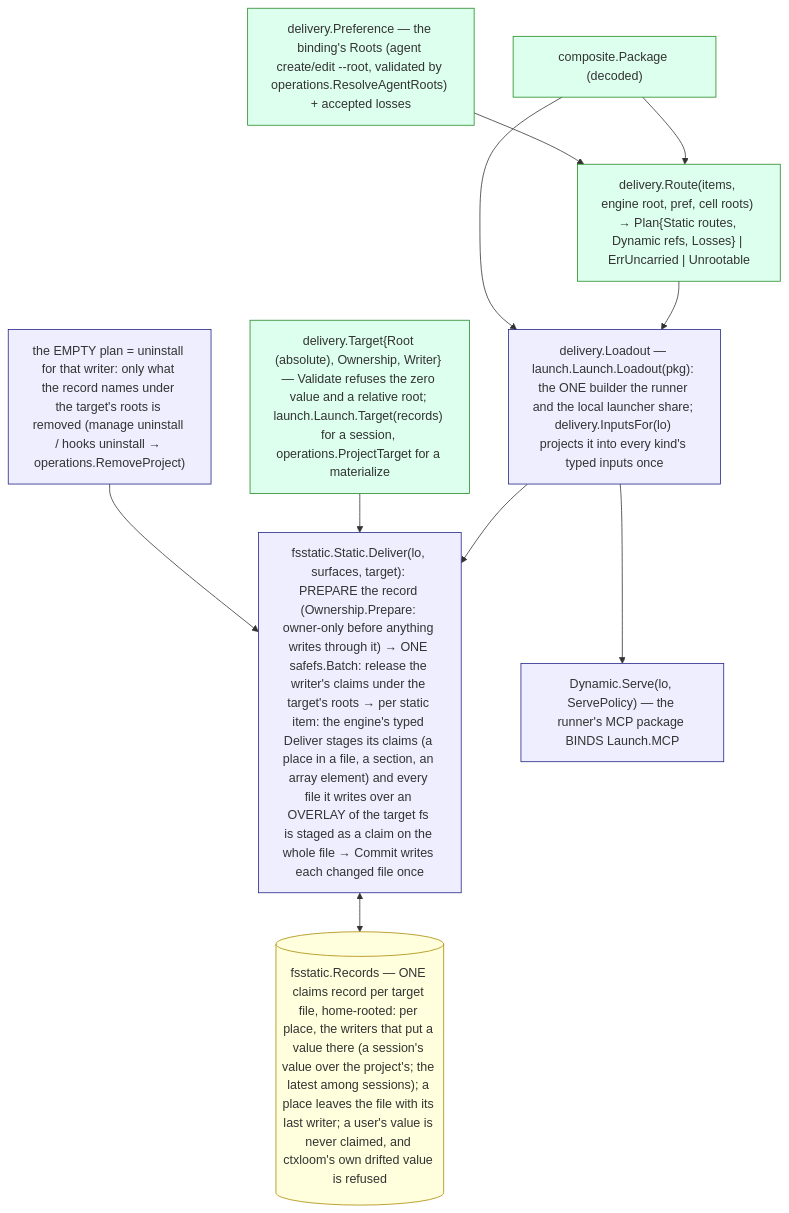
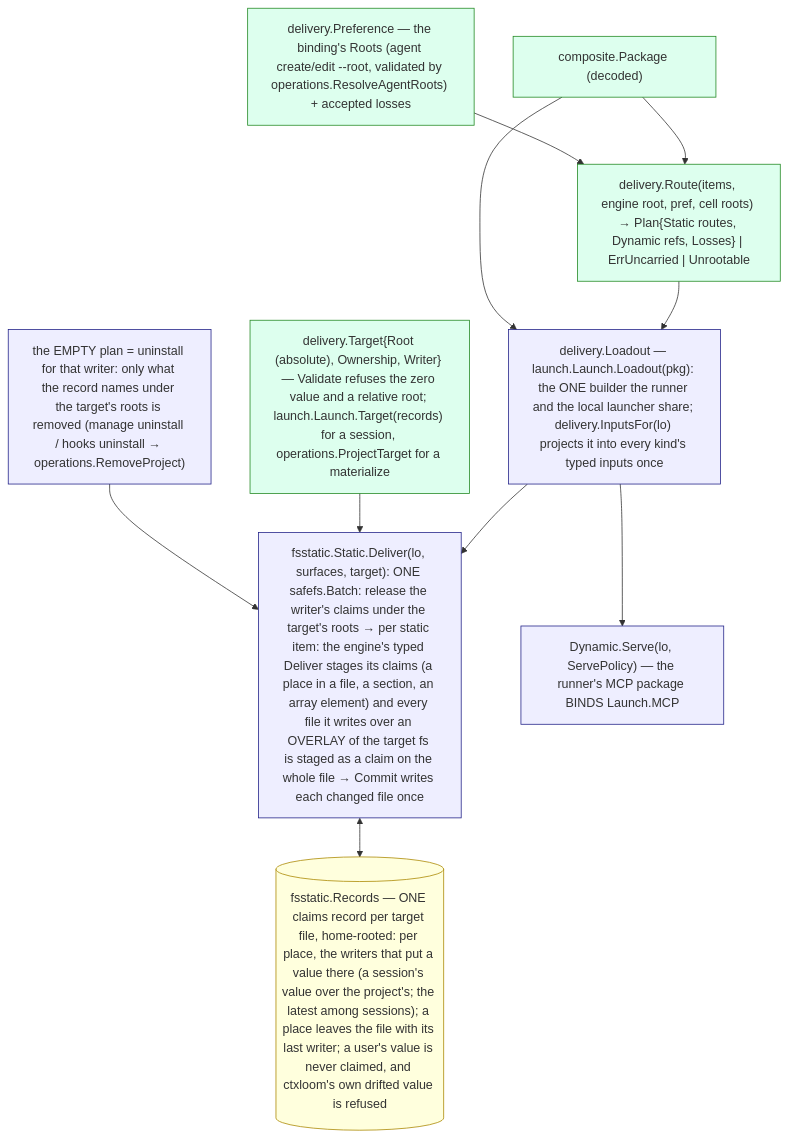
The diagram in docs/architecture/core/delivery.md (ctxloom/ctxloom), drawn with Mermaid before and after one commit. The commit also changed other lines of this file and 6 other files, not shown here.

First line of the commit message:
delivery: remove the no-op Ownership.Prepare (marshy-capture)

````diff
--- a/docs/architecture/core/delivery.md
+++ b/docs/architecture/core/delivery.md
@@ -12,26 +12,26 @@
 ```mermaid
 flowchart TB
     classDef decide fill:#dfe,stroke:#282
     classDef consume fill:#eef,stroke:#228
     classDef store fill:#ffd,stroke:#a80
 
     PKG["composite.Package (decoded)"]:::decide
     PREF["delivery.Preference — the binding's Roots (agent create/edit --root, validated by operations.ResolveAgentRoots) + accepted losses"]:::decide
     ROUTE["delivery.Route(items, engine root, pref, cell roots) → Plan{Static routes, Dynamic refs, Losses} | ErrUncarried | Unrootable"]:::decide
     LO["delivery.Loadout — launch.Launch.Loadout(pkg): the ONE builder the runner and the local launcher share; delivery.InputsFor(lo) projects it into every kind's typed inputs once"]:::consume
     TGT["delivery.Target{Root (absolute), Ownership, Writer} — Validate refuses the zero value and a relative root; launch.Launch.Target(records) for a session, operations.ProjectTarget for a materialize"]:::decide
-    STATIC["fsstatic.Static.Deliver(lo, surfaces, target): PREPARE the record (Ownership.Prepare: owner-only before anything writes through it) → ONE safefs.Batch: release the writer's claims under the target's roots → per static item: the engine's typed Deliver stages its claims (a place in a file, a section, an array element) and every file it writes over an OVERLAY of the target fs is staged as a claim on the whole file → Commit writes each changed file once"]:::consume
+    STATIC["fsstatic.Static.Deliver(lo, surfaces, target): ONE safefs.Batch: release the writer's claims under the target's roots → per static item: the engine's typed Deliver stages its claims (a place in a file, a section, an array element) and every file it writes over an OVERLAY of the target fs is staged as a claim on the whole file → Commit writes each changed file once"]:::consume
     REC[("fsstatic.Records — ONE claims record per target file, home-rooted: per place, the writers that put a value there (a session's value over the project's; the latest among sessions); a place leaves the file with its last writer; a user's value is never claimed, and ctxloom's own drifted value is refused")]:::store
     DYN["Dynamic.Serve(lo, ServePolicy) — the runner's MCP package BINDS Launch.MCP"]:::consume
     EMPTY["the EMPTY plan = uninstall for that writer: only what the record names under the target's roots is removed (manage uninstall / hooks uninstall → operations.RemoveProject)"]:::consume
 
     PKG --> ROUTE
     PREF --> ROUTE
     ROUTE --> LO
     PKG --> LO
     LO --> STATIC
     TGT --> STATIC
     STATIC <--> REC
     LO --> DYN
     EMPTY --> STATIC
 ```
````
